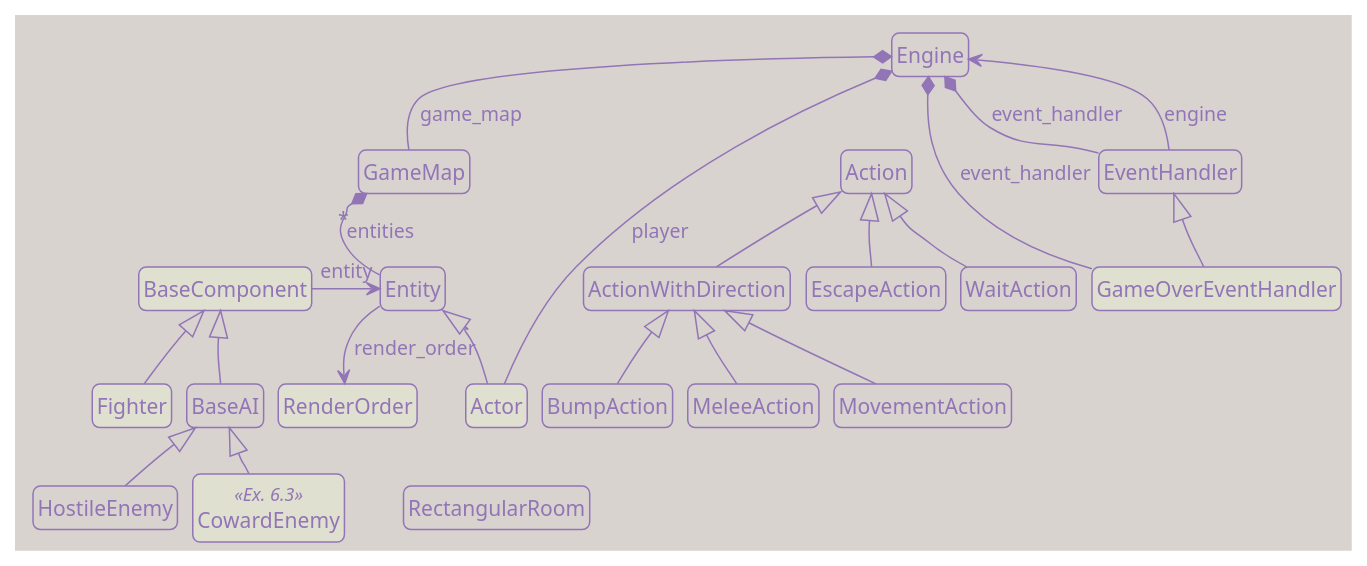
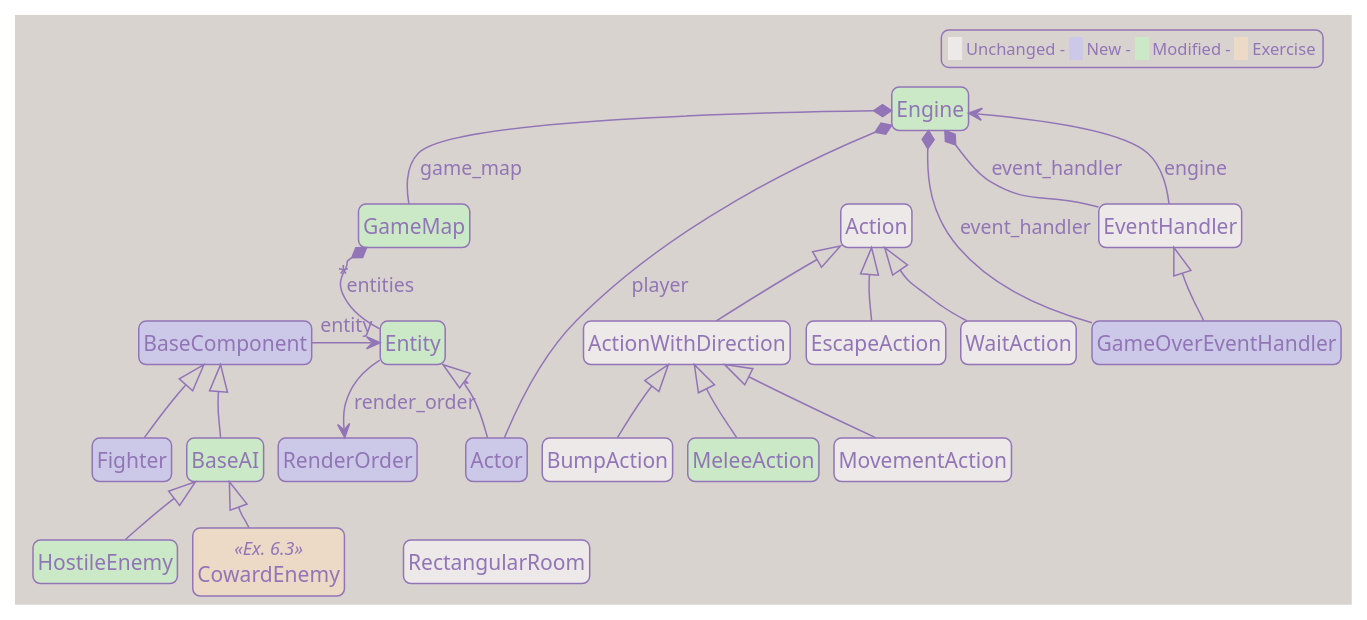
Before and after one commit to Darky-Lucera/roguelike-tutorial-python-tcod: the diagram in uml/part6_classes.puml, drawn with PlantUML. The commit also changed 64 other files, not shown here.

Commit message:
Improve class diagrams. Minor changes

```diff
--- a/uml/part6_classes.puml
+++ b/uml/part6_classes.puml
@@ -1,180 +1,185 @@
 @startuml classes
 
 !theme mimeograph
 
 ' top to bottom direction is the default, but keeping it makes the intent explicit.
 top to bottom direction
 
 ' hide fields      ' same as attributes
 ' hide attributes  ' same as fields
 ' hide methods
 ' hide members     ' fields + methods
 ' hide stereotype
 
 ' hide class XXX
 ' hide interface XXX
 ' hide enum XXX
 ' hide << SomeStereotype>> XXX ' hide Serializable members
 ' hide SomeClassName XXX
 ' hide private XXX
 ' hide protected XXX
 ' hide package XXX
 
 hide members
 
 hide circle
 
 'skinparam classAttributeIconSize 0
 'skinparam defaultFontName "Segoe UI"
 'skinparam classFontName "Segoe UI"
 'skinparam classFontSize 10
 'skinparam classAttributeFontSize 9
 'skinparam shadowing true
 skinparam roundcorner 10
+skinparam classBackgroundColor #ece9e8
 
 skinparam noteFontSize 10
 skinparam noteBorderThickness 1
 skinparam noteMargin 2
 skinparam notePadding 2
 
 skinparam nodesep 10
 skinparam ranksep 30
 
 set namespaceSeparator none
 
 '--------------------------------------
 ' Classes
 '--------------------------------------
 
 class "Action" as game.actions.Action {
 }
 
 class "ActionWithDirection" as game.actions.ActionWithDirection {
 }
 
-class "Actor" as game.entities.entity.Actor #e0e0d0 {
+class "Actor" as game.entities.entity.Actor #ccc9e8 {
 }
 
-class "BaseAI" as game.entities.components.ai.BaseAI {
+class "BaseAI" as game.entities.components.ai.BaseAI #cce9c7 {
 }
 
-class "BaseComponent" as game.entities.components.base_component.BaseComponent #e0e0d0 {
+class "BaseComponent" as game.entities.components.base_component.BaseComponent #ccc9e8 {
 }
 
 class "BumpAction" as game.actions.BumpAction {
 }
 
-class "CowardEnemy" as game.entities.components.ai.CowardEnemy <<Ex. 6.3>> #e0e0d0 {
+class "CowardEnemy" as game.entities.components.ai.CowardEnemy <<Ex. 6.3>> #ecdac7 {
 }
 
-class "Engine" as game.engine.Engine {
+class "Engine" as game.engine.Engine #cce9c7 {
 }
 
-class "Entity" as game.entities.entity.Entity {
+class "Entity" as game.entities.entity.Entity #cce9c7 {
 }
 
 class "EscapeAction" as game.actions.EscapeAction {
 }
 
 class "EventHandler" as game.input_handlers.EventHandler {
 }
 
-class "Fighter" as game.entities.components.fighter.Fighter #e0e0d0 {
+class "Fighter" as game.entities.components.fighter.Fighter #ccc9e8 {
 }
 
-class "GameMap" as game.map.game_map.GameMap {
+class "GameMap" as game.map.game_map.GameMap #cce9c7 {
 }
 
-class "GameOverEventHandler" as game.input_handlers.GameOverEventHandler #e0e0d0 {
+class "GameOverEventHandler" as game.input_handlers.GameOverEventHandler #ccc9e8 {
 }
 
-class "HostileEnemy" as game.entities.components.ai.HostileEnemy {
+class "HostileEnemy" as game.entities.components.ai.HostileEnemy #cce9c7 {
 }
 
-class "MeleeAction" as game.actions.MeleeAction {
+class "MeleeAction" as game.actions.MeleeAction #cce9c7 {
 }
 
 class "MovementAction" as game.actions.MovementAction {
 }
 
 class "RectangularRoom" as game.map.map_generator.RectangularRoom {
 }
 
-class "RenderOrder" as game.entities.render_order.RenderOrder #e0e0d0 {
+class "RenderOrder" as game.entities.render_order.RenderOrder #ccc9e8 {
 }
 
 class "WaitAction" as game.actions.WaitAction {
 }
 
 '--------------------------------------
 ' Relations
 '--------------------------------------
 
 ' Inheritance: base class first, derived class second.
 game.actions.Action <|-- game.actions.ActionWithDirection
 game.actions.ActionWithDirection <|-- game.actions.BumpAction
 game.actions.Action <|-- game.actions.EscapeAction
 game.actions.ActionWithDirection <|-- game.actions.MeleeAction
 game.actions.ActionWithDirection <|-- game.actions.MovementAction
 game.actions.Action <|-- game.actions.WaitAction
 
 game.entities.components.base_component.BaseComponent <|-- game.entities.components.ai.BaseAI
 game.entities.components.ai.BaseAI <|-- game.entities.components.ai.CowardEnemy
 game.entities.components.ai.BaseAI <|-- game.entities.components.ai.HostileEnemy
 game.entities.components.base_component.BaseComponent <|-- game.entities.components.fighter.Fighter
 game.entities.entity.Entity <|-- game.entities.entity.Actor
 
 game.input_handlers.EventHandler <|-- game.input_handlers.GameOverEventHandler
 
 ' Ownership / references / associations.
 game.entities.components.base_component.BaseComponent --> game.entities.entity.Entity : entity
 game.map.game_map.GameMap "*" *-- game.entities.entity.Entity : entities
 game.engine.Engine *-- game.input_handlers.EventHandler : event_handler
 game.engine.Engine *-- game.input_handlers.GameOverEventHandler : event_handler
 game.input_handlers.EventHandler --> game.engine.Engine : engine
 game.engine.Engine *-- game.entities.entity.Actor : player
 game.entities.entity.Entity --> game.entities.render_order.RenderOrder : render_order
 game.engine.Engine *-- game.map.game_map.GameMap : game_map
 
 
 '--------------------------------------
 ' Layout hints
 '--------------------------------------
 
 ' Engine should sit above the main runtime objects.
 game.engine.Engine -[hidden]down- game.map.game_map.GameMap
 game.engine.Engine -[hidden]down- game.input_handlers.EventHandler
 game.engine.Engine -[hidden]down- game.actions.Action
 
 ' GameMap should be above Entity. Entity and BaseComponent should be roughly aligned.
 game.map.game_map.GameMap -[hidden]down- game.entities.entity.Entity
 game.map.game_map.GameMap -[hidden]down- game.entities.components.base_component.BaseComponent
 game.entities.entity.Entity -[hidden]right- game.entities.components.base_component.BaseComponent
 
 ' Actor must be below Entity.
 game.entities.entity.Entity -[hidden]down- game.entities.entity.Actor
 
 ' RenderOrder is a value used by Entity, so keep it below/near Entity.
 game.entities.entity.Entity -[hidden]down- game.entities.render_order.RenderOrder
 
 ' Inheritance trees: keep base classes above derived classes.
 game.actions.Action -[hidden]down- game.actions.ActionWithDirection
 game.actions.Action -[hidden]down- game.actions.WaitAction
 game.actions.Action -[hidden]down- game.actions.EscapeAction
 
 game.actions.ActionWithDirection -[hidden]down- game.actions.BumpAction
 game.actions.ActionWithDirection -[hidden]down- game.actions.MeleeAction
 game.actions.ActionWithDirection -[hidden]down- game.actions.MovementAction
 
 game.input_handlers.EventHandler -[hidden]down- game.input_handlers.GameOverEventHandler
 
 game.entities.components.base_component.BaseComponent -[hidden]down- game.entities.components.fighter.Fighter
 game.entities.components.base_component.BaseComponent -[hidden]down- game.entities.components.ai.BaseAI
 
 game.entities.components.ai.BaseAI -[hidden]down- game.entities.components.ai.CowardEnemy
 game.entities.components.ai.BaseAI -[hidden]down- game.entities.components.ai.HostileEnemy
 
 ' Keep map-generation classes below
 game.entities.entity.Actor -[hidden]down- game.map.map_generator.RectangularRoom
 
+legend top right
+<size:11><back:#ece9e8>   </back> Unchanged - <back:#ccc9e8>   </back> New - <back:#cce9c7>   </back> Modified - <back:#ecdac7>   </back> Exercise</size>
+endlegend
+
 @enduml
```
